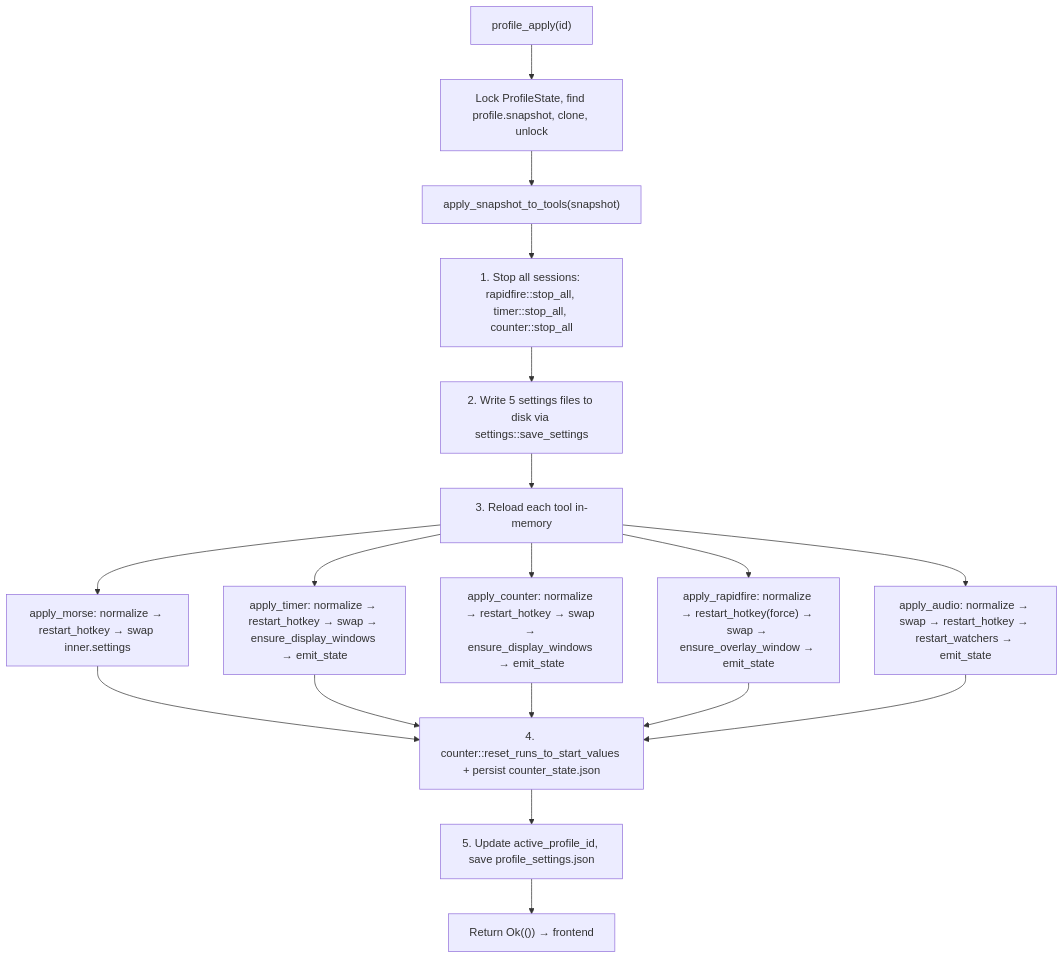
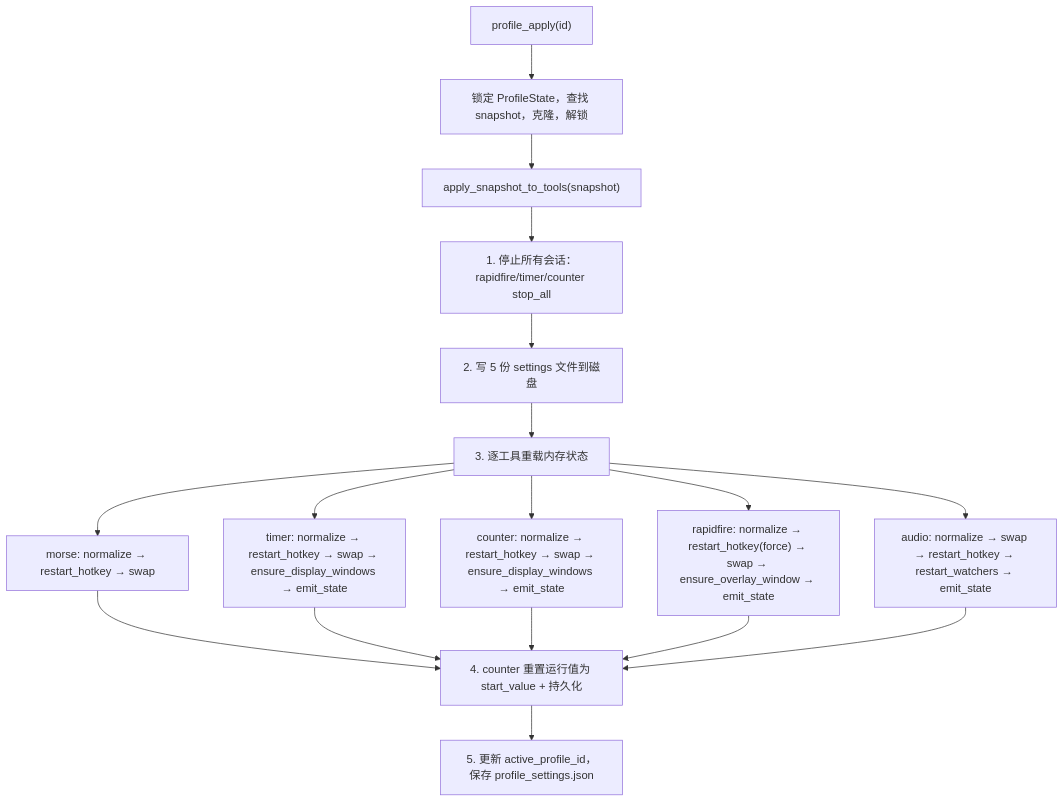
The first of 2 diagrams in droid-wiki/systems/profile-system.md (IZRINO/delta-auto-tools), drawn with Mermaid before and after one commit. The commit also changed other lines of this file and 36 other files, not shown here.

````diff
--- a/droid-wiki/systems/profile-system.md
+++ b/droid-wiki/systems/profile-system.md
@@ -53,16 +48,15 @@
 ```mermaid
 flowchart TD
-    A["profile_apply(id)"] --> B["Lock ProfileState, find profile.snapshot, clone, unlock"]
+    A["profile_apply(id)"] --> B["锁定 ProfileState，查找 snapshot，克隆，解锁"]
     B --> C["apply_snapshot_to_tools(snapshot)"]
-    C --> D["1. Stop all sessions: rapidfire::stop_all, timer::stop_all, counter::stop_all"]
-    D --> E["2. Write 5 settings files to disk via settings::save_settings"]
-    E --> F["3. Reload each tool in-memory"]
-    F --> F1["apply_morse: normalize → restart_hotkey → swap inner.settings"]
-    F --> F2["apply_timer: normalize → restart_hotkey → swap → ensure_display_windows → emit_state"]
-    F --> F3["apply_counter: normalize → restart_hotkey → swap → ensure_display_windows → emit_state"]
-    F --> F4["apply_rapidfire: normalize → restart_hotkey(force) → swap → ensure_overlay_window → emit_state"]
-    F --> F5["apply_audio: normalize → swap → restart_hotkey → restart_watchers → emit_state"]
-    F1 & F2 & F3 & F4 & F5 --> G["4. counter::reset_runs_to_start_values + persist counter_state.json"]
-    G --> H["5. Update active_profile_id, save profile_settings.json"]
-    H --> I["Return Ok(()) → frontend"]
+    C --> D["1. 停止所有会话：rapidfire/timer/counter stop_all"]
+    D --> E["2. 写 5 份 settings 文件到磁盘"]
+    E --> F["3. 逐工具重载内存状态"]
+    F --> F1["morse: normalize → restart_hotkey → swap"]
+    F --> F2["timer: normalize → restart_hotkey → swap → ensure_display_windows → emit_state"]
+    F --> F3["counter: normalize → restart_hotkey → swap → ensure_display_windows → emit_state"]
+    F --> F4["rapidfire: normalize → restart_hotkey(force) → swap → ensure_overlay_window → emit_state"]
+    F --> F5["audio: normalize → swap → restart_hotkey → restart_watchers → emit_state"]
+    F1 & F2 & F3 & F4 & F5 --> G["4. counter 重置运行值为 start_value + 持久化"]
+    G --> H["5. 更新 active_profile_id，保存 profile_settings.json"]
 ```
````
